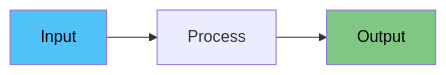
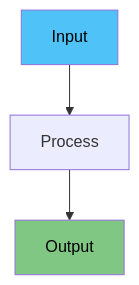
Before and after one commit to niisara/deck: the diagram in Prompt/notes.md, drawn with Mermaid. The commit also changed 1 other file, not shown here.

````diff
--- a/Prompt/notes.md
+++ b/Prompt/notes.md
@@ -30,6 +30,6 @@
 ```mermaid
-flowchart LR
+flowchart TB
     A["Input"] --> B["Process"] --> C["Output"]
     style A fill:#4fc3f7,color:#000
     style C fill:#81c784,color:#000
 ```
````
